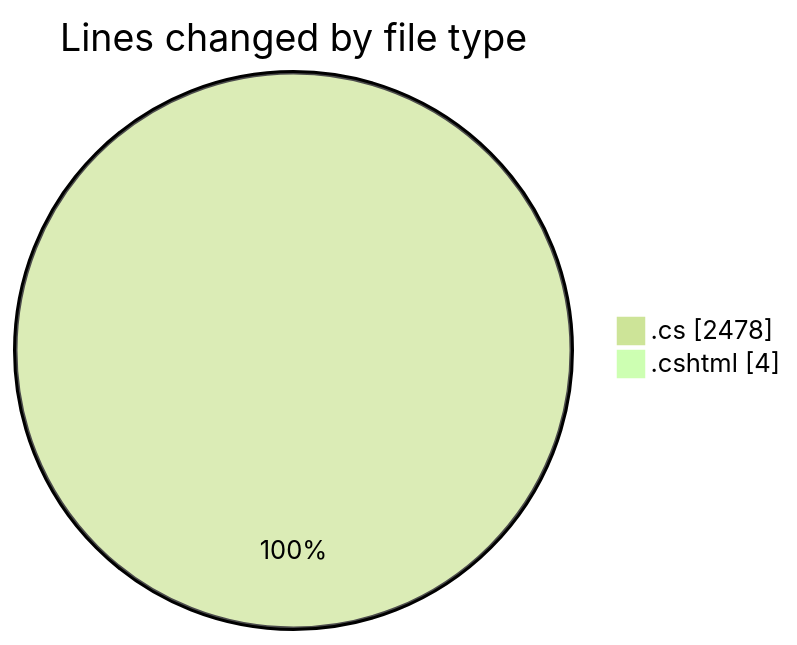
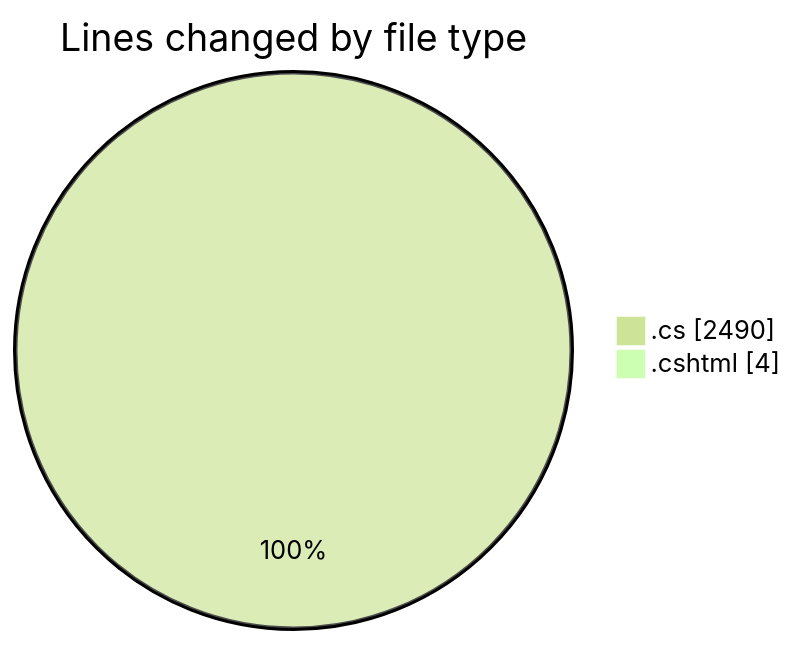
One commit to lephambinh05/code-tracking changed the first of 2 diagrams in 2025-07-15/nhahang/README.md. Above: the diagram before and after it, drawn with Mermaid (forest theme). The commit also changed other lines of this file and 1 other file, not shown here.

````diff
--- a/2025-07-15/nhahang/README.md
+++ b/2025-07-15/nhahang/README.md
@@ -64,6 +65,6 @@
 ```mermaid
 pie showData
 title Lines changed by file type
-".cs" : 2478
+".cs" : 2490
 ".cshtml" : 4
 ```
````
